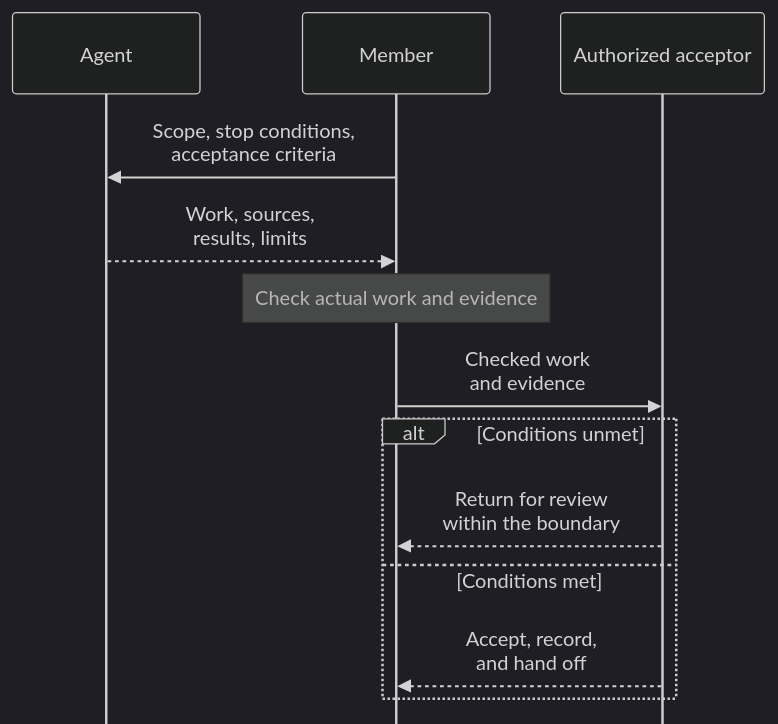
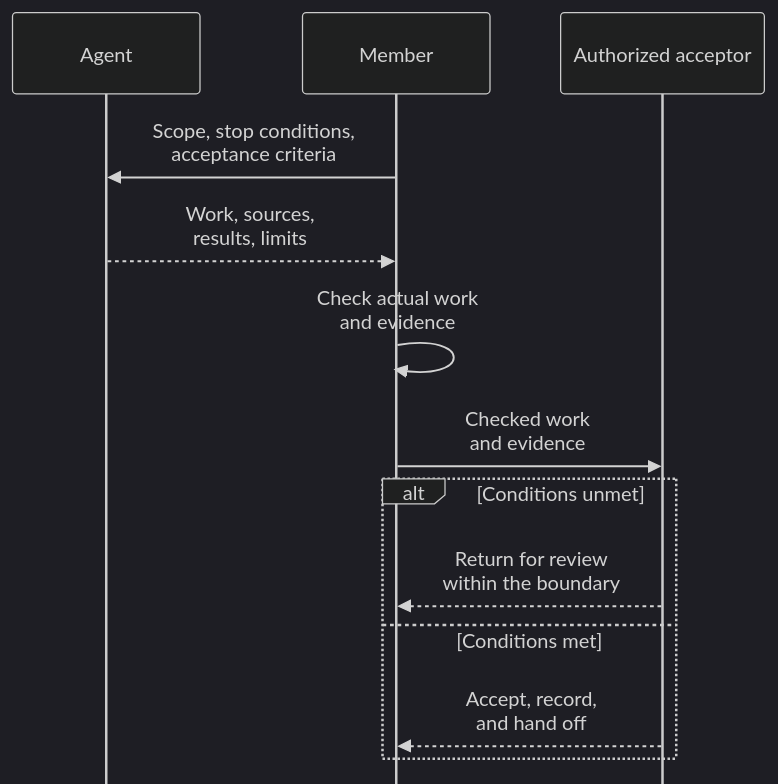
The diagram in docs/human-agent.md (HengYangDS/data-department-work-guidelines), drawn with Mermaid (dark theme) before and after one commit. The commit also changed 1 other file, not shown here.

Commit message:
fix(docs): show member review as an explicit step

````diff
--- a/docs/human-agent.md
+++ b/docs/human-agent.md
@@ -83,22 +83,22 @@
 ```mermaid
 ---
 config:
   sequence:
     mirrorActors: false
 ---
 sequenceDiagram
     accTitle: Delegation, evidence, and authorized acceptance
     accDescr: A member sets the delegation boundary. An Agent returns work and evidence. The member checks the actual work and evidence before submitting them to an authorized acceptor. If conditions are unmet, the work returns for review within the delegation boundary. If conditions are met, the acceptor accepts the work, records acceptance, and hands off the result. Participants represent roles, not necessarily different people. People retain authority and responsibility; acceptance never expands permission.
     participant Agent
     participant Member
     participant Acceptor as Authorized acceptor
     Member->>Agent: Scope, stop conditions,<br/>acceptance criteria
     Agent-->>Member: Work, sources,<br/>results, limits
-    Note over Member: Check actual work and evidence
+    Member->>Member: Check actual work<br/>and evidence
     Member->>Acceptor: Checked work<br/>and evidence
     alt Conditions unmet
         Acceptor-->>Member: Return for review<br/>within the boundary
     else Conditions met
         Acceptor-->>Member: Accept, record,<br/>and hand off
     end
 ```
````
